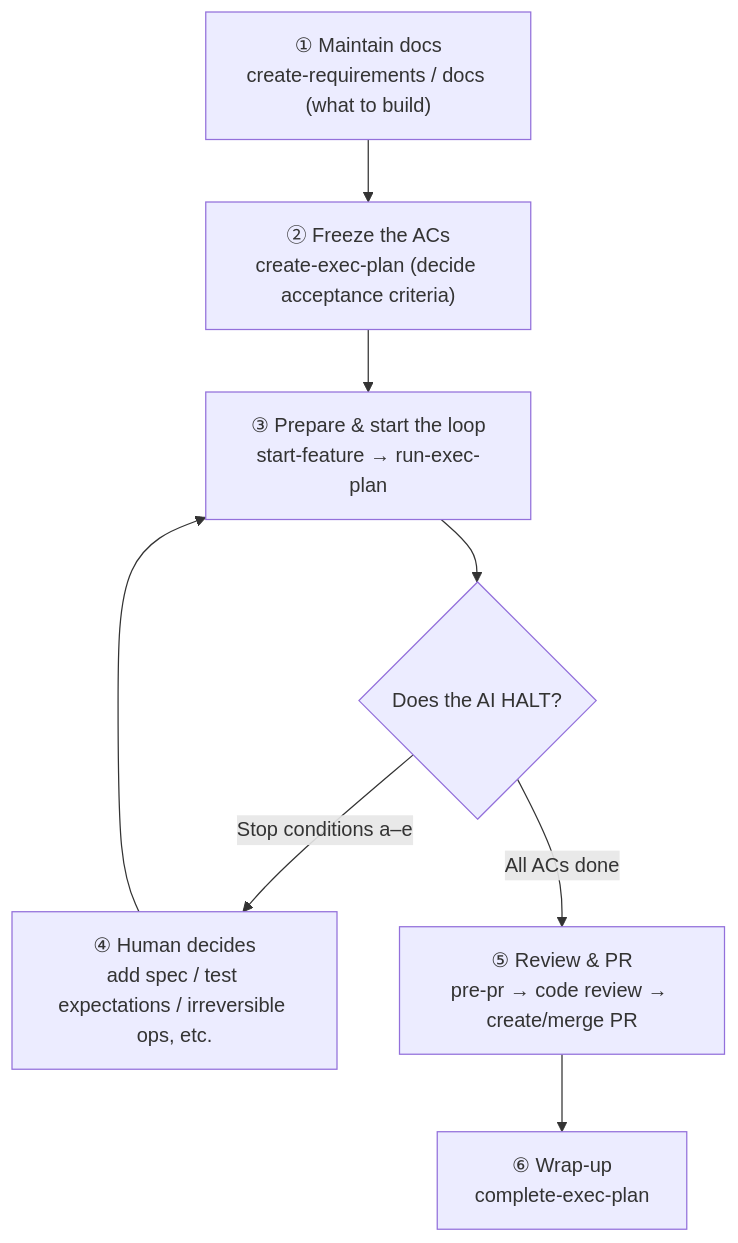
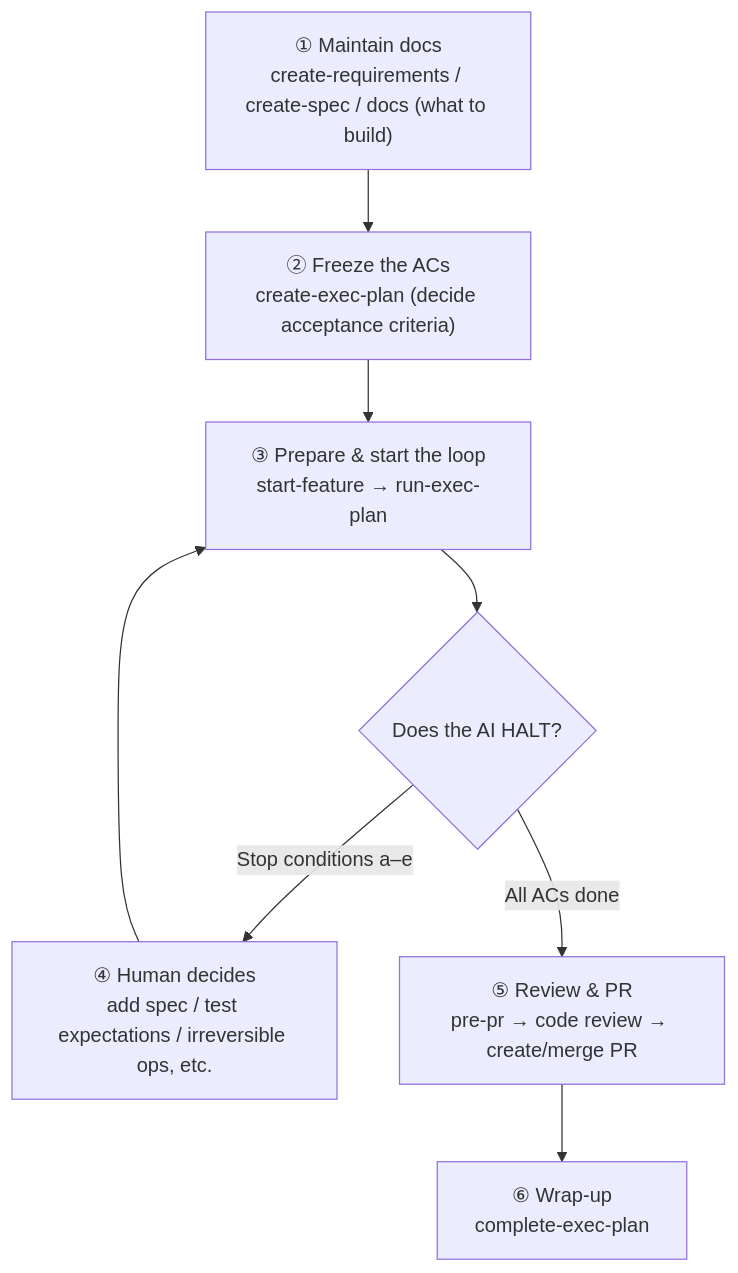
One commit to aki-senri/DocDDTemplate changed the diagram in ONBOARDING.md. Above: the diagram before and after it, drawn with Mermaid. The commit also changed other lines of this file and 3 other files, not shown here.

First line of the commit message:
docs: README/ONBOARDING を #18（create-spec 追加）に整合させ人とAIの役割分担を明確化

````diff
--- a/ONBOARDING.md
+++ b/ONBOARDING.md
@@ -321,11 +321,11 @@
 ```mermaid
 flowchart TD
-    A["① Maintain docs<br/>create-requirements / docs (what to build)"] --> B
+    A["① Maintain docs<br/>create-requirements / create-spec / docs (what to build)"] --> B
     B["② Freeze the ACs<br/>create-exec-plan (decide acceptance criteria)"] --> C
     C["③ Prepare & start the loop<br/>start-feature → run-exec-plan"]
     C --> D{Does the AI HALT?}
     D -->|Stop conditions a–e| E["④ Human decides<br/>add spec / test expectations / irreversible ops, etc."]
     E --> C
     D -->|All ACs done| F["⑤ Review & PR<br/>pre-pr → code review → create/merge PR"]
     F --> G["⑥ Wrap-up<br/>complete-exec-plan"]
 ```
````
